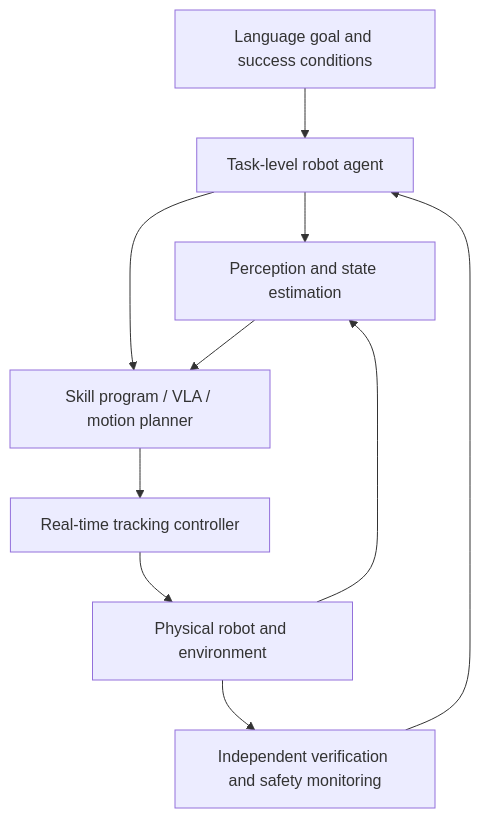
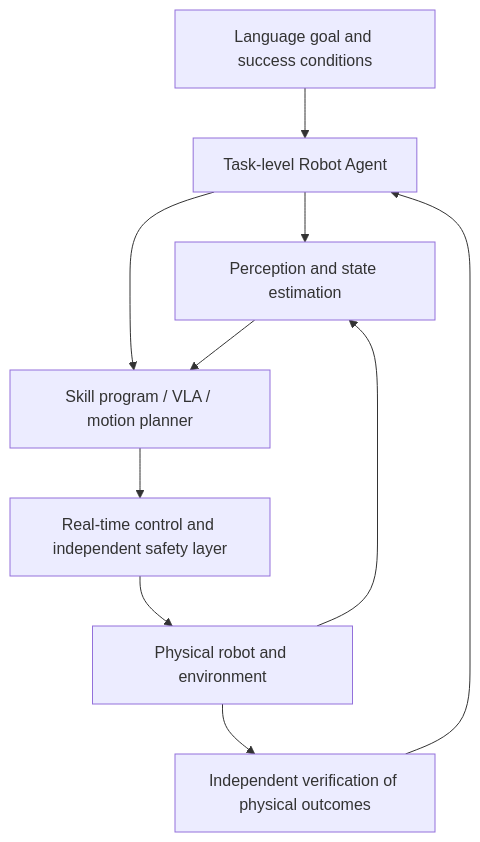
The first of 4 diagrams in md/Robot_Agent_Workflow_EN.md (zengxiong111/Foundation_of_Embodied_AI), drawn with Mermaid before and after one commit. The commit also changed other lines of this file and 8 other files, not shown here.

First line of the commit message:
Update bilingual Robot Agent foundation-model and workflow notes

````diff
--- a/md/Robot_Agent_Workflow_EN.md
+++ b/md/Robot_Agent_Workflow_EN.md
@@ -28,12 +40,12 @@
 ```mermaid
 flowchart TB
-    G[Language goal and success conditions] --> A[Task-level robot agent]
-    A --> P[Perception and state estimation]
-    A --> S[Skill program / VLA / motion planner]
-    P --> S
-    S --> C[Real-time tracking controller]
-    C --> R[Physical robot and environment]
-    R --> P
-    R --> V[Independent verification and safety monitoring]
-    V --> A
+  G[Language goal and success conditions] --> A[Task-level Robot Agent]
+  A --> P[Perception and state estimation]
+  A --> S[Skill program / VLA / motion planner]
+  P --> S
+  S --> C[Real-time control and independent safety layer]
+  C --> R[Physical robot and environment]
+  R --> P
+  R --> V[Independent verification of physical outcomes]
+  V --> A
 ```
````
